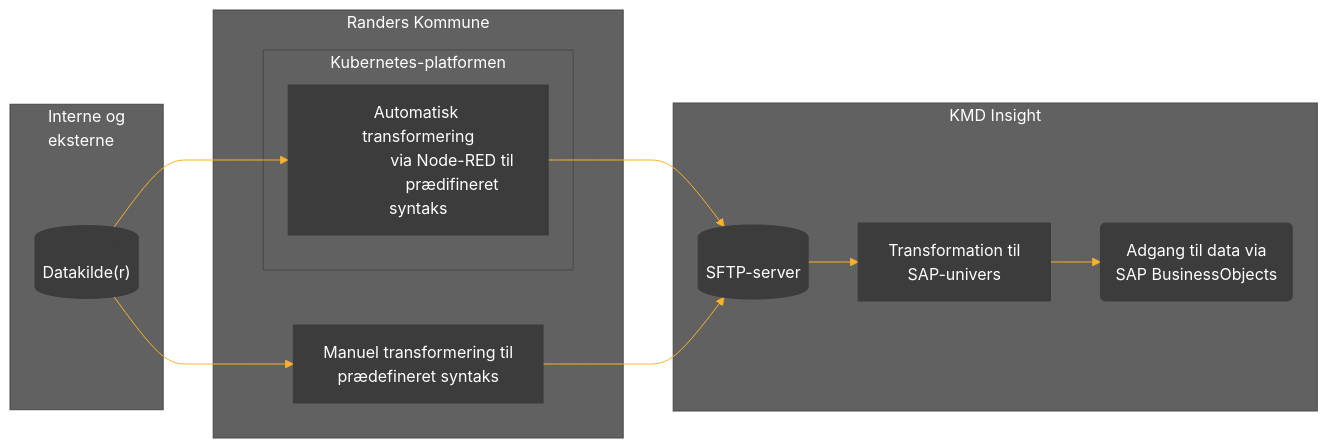
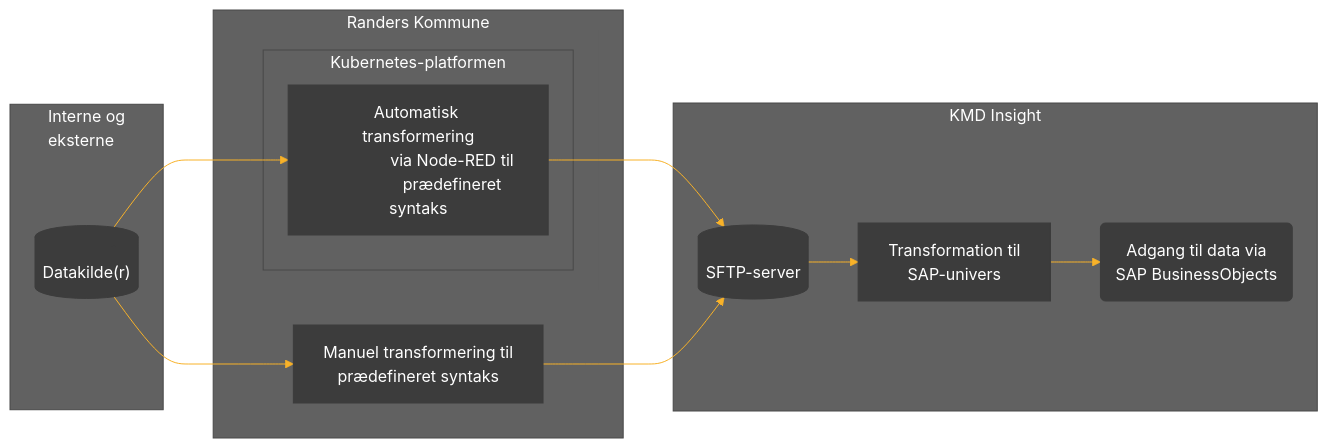
One commit to Randers-Kommune-Digitalisering/custom-data-connector changed the first of 2 diagrams in README.md. Above: the diagram before and after it, drawn with Mermaid.

Commit message:
rettelse

````diff
--- a/README.md
+++ b/README.md
@@ -18,59 +18,59 @@
 ```mermaid
 
 %%{
   init: {
     'theme': 'base',
     'themeVariables': {
       'primaryColor': '#3c3c3c',
       'primaryTextColor': '#fff',
       'primaryBorderColor': '#3c3c3c',
       'lineColor': '#F8B229',
       'secondaryColor': '#616161',
       'tertiaryColor': '#616161',
       'tertiaryTextColor': '#fff'
     }
   }
 }%%
 
 %% Upload af data %%
 flowchart LR
     subgraph SG1["Interne og\n eksterne"]
         A[("Datakilde(r)")] 
     end
     subgraph SG2["Randers Kommune"]
         subgraph SG20 [ ]
             style SG20 stroke-dasharray: 0 1  
             subgraph SG21["Kubernetes-platformen"]
             
                 B1["
                 Automatisk transformering
                 via Node-RED til 
-                prædifineret syntaks
+                prædefineret syntaks
                 "]
             end
         end
         B2["
             Manuel transformering til 
             prædefineret syntaks
         "]
     end
     subgraph SG3["KMD Insight" ]
         C[("SFTP-server")]
         D["
             Transformation til 
             SAP-univers
         "]
         E("
             Adgang til data via
             SAP BusinessObjects
         ")
     end
     A-->B1
     A-->B2
     B1-->C
     B2-->C
     C-->D
     D-->E
 
 
 ```
````
